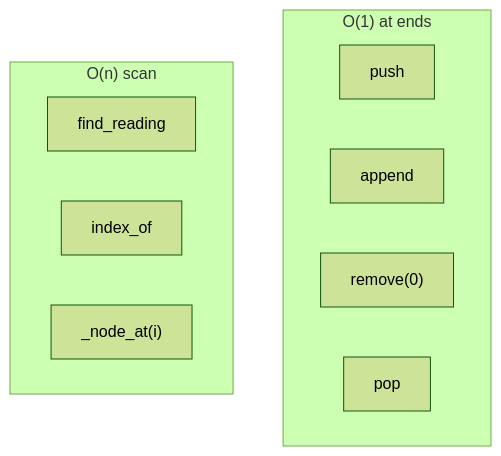
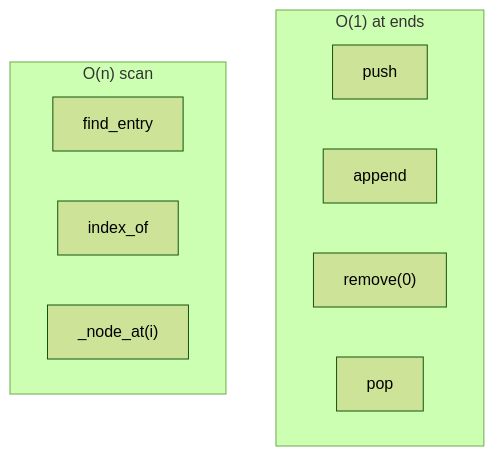
The fifth of 10 diagrams in docs/dsa/data-structures/doubly-linked-list/index.md (qgjones9/python-programming-guide), drawn with Mermaid (forest theme) before and after one commit. The commit also changed other lines of this file and 31 other files, not shown here.

````diff
--- a/docs/dsa/data-structures/doubly-linked-list/index.md
+++ b/docs/dsa/data-structures/doubly-linked-list/index.md
@@ -545,14 +545,14 @@
 ```mermaid
 flowchart TB
   subgraph ends["O(1) at ends"]
     push
     append
     remove0["remove(0)"]
     pop
   end
   subgraph scan["O(n) scan"]
-    find_reading
+    find_entry
     index_of
     get_at["_node_at(i)"]
   end
 ```
````
